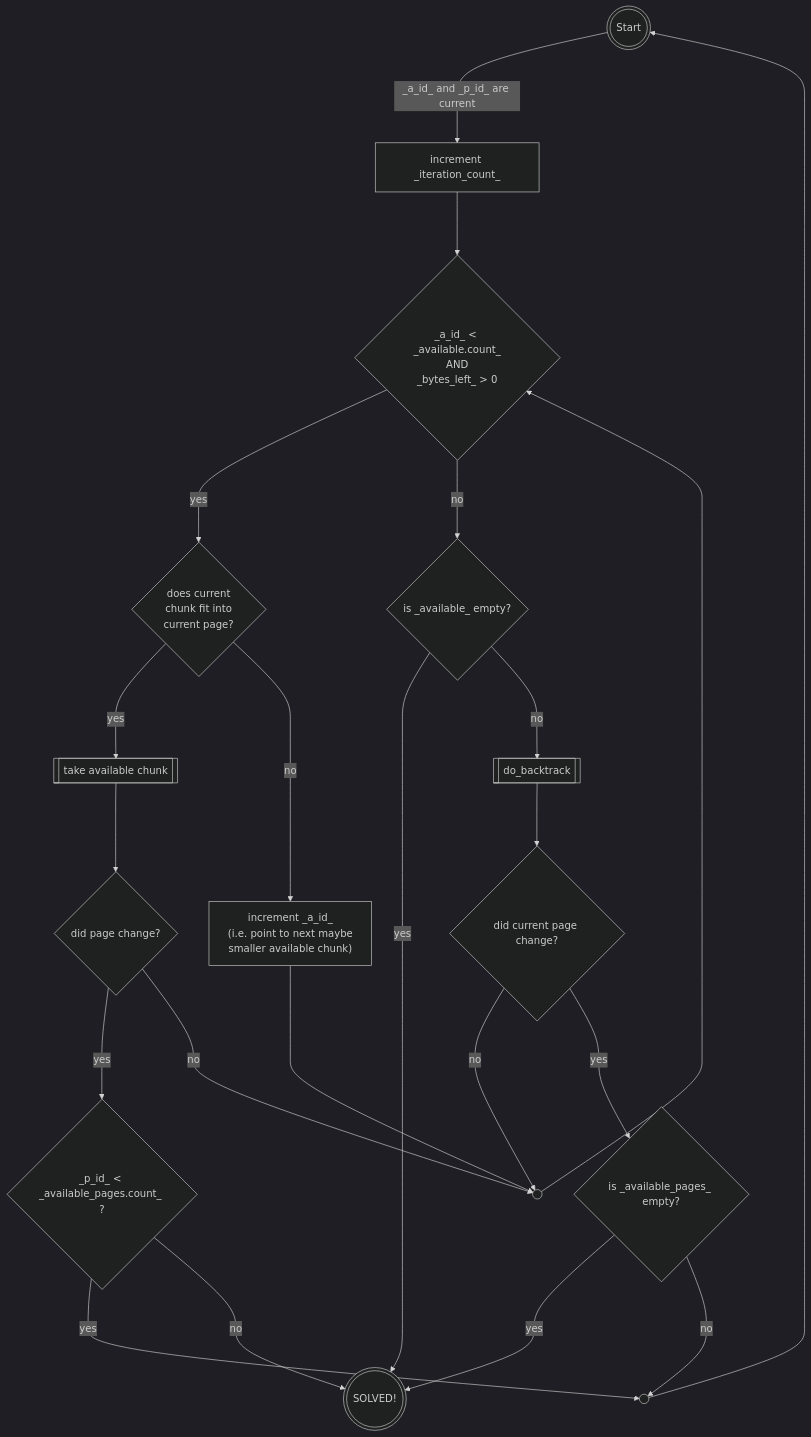
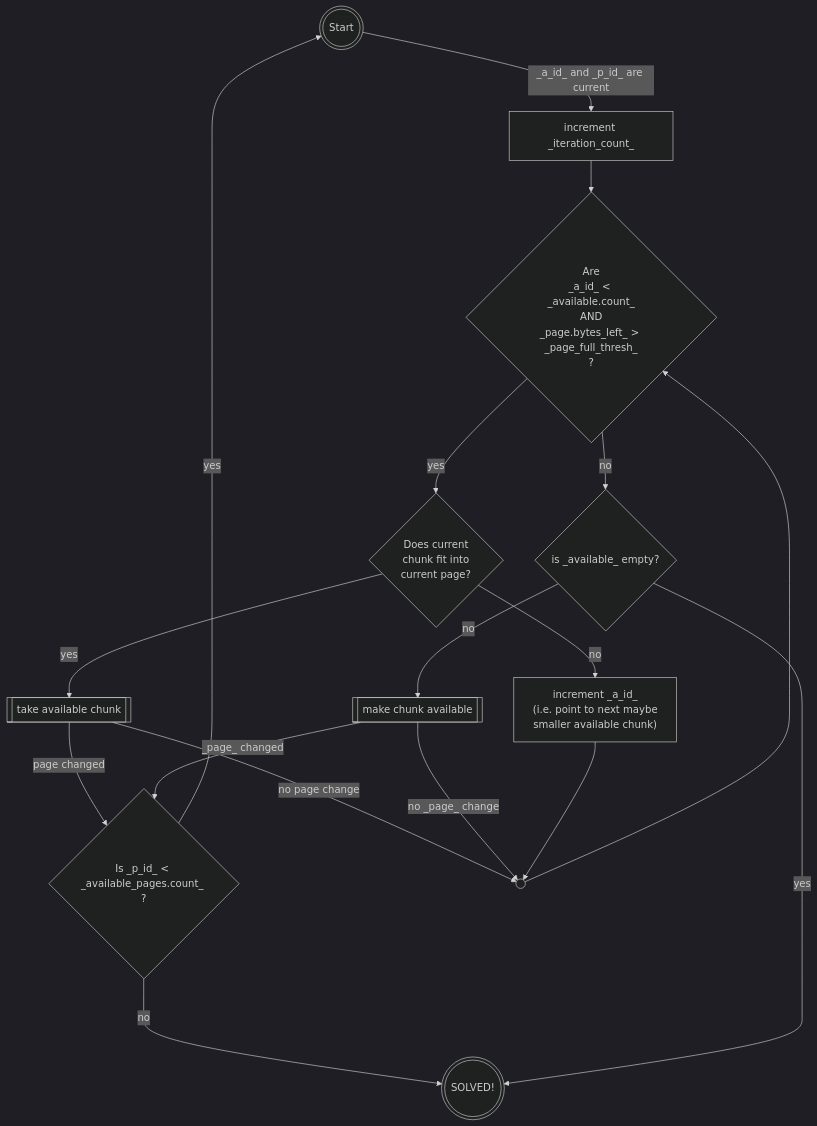
The eighth of 8 diagrams in docs/Algorithm.md (the-Obsessed-Maniacs/ChunkDistributor), drawn with Mermaid (dark theme) before and after one commit. The commit also changed other lines of this file and 2 other files, not shown here.

Commit message:
further documentation, added threshold for "page_full" to algo

````diff
--- a/docs/Algorithm.md
+++ b/docs/Algorithm.md
@@ -189,22 +198,21 @@
 ```mermaid
 flowchart
-    start(((Start)))--->
-	|_a_id_ and _p_id_ are current|a0["increment _iteration_count_"]--->
-    c0{"_a_id_ < _available.count_<br/>AND<br/>_bytes_left_ > 0"}
-    c0--->|yes|c1{"does current<br/>chunk fit into<br/>current page?"}
-    c1--->|yes|tac[["take available chunk"]]
-    c1--->|no|n1["increment _a_id_<br/>(i.e. point to next maybe<br/>smaller available chunk)"]
-    c2--->|yes|c3{"_p_id_ < _available_pages.count_ ?"}
-	z((("SOLVED!")))
+	ziel((("SOLVED!")))
+    start(((Start)))-->
+	|_a_id_ and _p_id_ are current|a0["increment _iteration_count_"]-->
+    c0{"Are<br/>_a_id_ < _available.count_<br/>AND<br/>_page.bytes_left_ > _page_full_thresh_<br/>?"}
+    c0-->|yes|c1{"Does current<br/>chunk fit into<br/>current page?"}
+    c1-->|yes|tac[["take available chunk"]]-->
+	|page changed|c3{"Is _p_id_ < _available_pages.count_ ?"}
+    c1-->|no|n1["increment _a_id_<br/>(i.e. point to next maybe<br/>smaller available chunk)"]
+    tac-->|no page change|j1(( ))---->c0
 
-    tac--->c2{"did page change?"}--->|no|j1(( ))--->c0
-    n1--->j1
-    c3--->|yes|j2(( ))--->start
-    c3--->|no|z
+    c3--->|no|ziel
+    c3----->|yes|start
 
-    c0--->|no|c4{"is _available_ empty?"}--->|yes|z
-    c4--->|no|bt[["do_backtrack"]]--->btc{"did current page change?"}
-    btc--->|no|j1
-    btc--->|yes|c5{"is _available_pages_ empty?"}--->|yes|z
-    c5--->|no|j2
+    c0-->|no|c4{"is _available_ empty?"}--->|yes|ziel
+    c4-->|no|c5[["make chunk available"]]
+    -->|_page_ changed|c3
+    c5-->|no _page_ change|j1
+    n1-->j1
 ```
````
